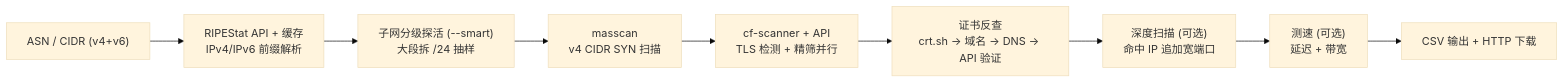
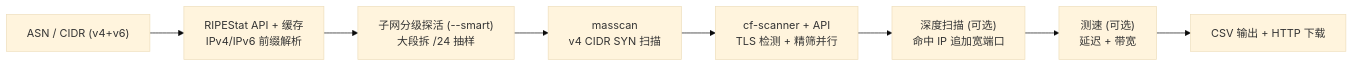
One commit to xiaoqian-1001/IP-Tidy changed the diagram in README.md. Above: the diagram before and after it, drawn with Mermaid (base theme). The commit also changed other lines of this file and 3 other files, not shown here.

````diff
--- a/README.md
+++ b/README.md
@@ -135,11 +118,10 @@
 ```mermaid
 graph LR
     A["ASN / CIDR (v4+v6)"] --> B["RIPEStat API + 缓存<br/>IPv4/IPv6 前缀解析"]
     B --> C["子网分级探活 (--smart)<br/>大段拆 /24 抽样"]
     C --> D["masscan<br/>v4 CIDR SYN 扫描"]
     D --> E["cf-scanner + API<br/>TLS 检测 + 精筛并行"]
-    E --> F["证书反查<br/>crt.sh -> 域名 -> DNS -> API 验证"]
-    F --> G["深度扫描 (可选)<br/>命中 IP 追加宽端口"]
-    G --> H["测速 (可选)<br/>延迟 + 带宽"]
-    H --> I["CSV 输出 + HTTP 下载"]
+    E --> F["深度扫描 (可选)<br/>命中 IP 追加宽端口"]
+    F --> G["测速 (可选)<br/>延迟 + 带宽"]
+    G --> H["CSV 输出 + HTTP 下载"]
 ```
````
